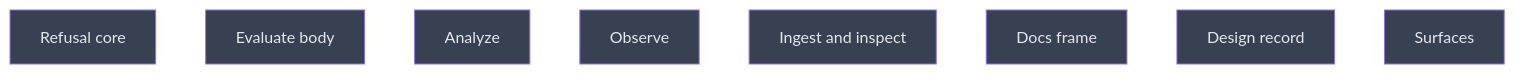
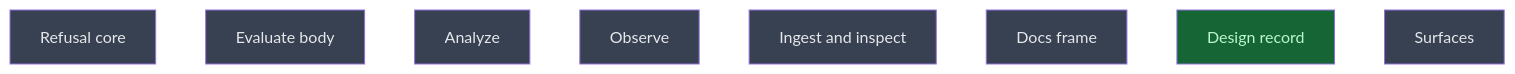
The diagram in __roadmap__/m3-lean-cli/verbs/README.md (CrackingShells/Candler), drawn with Mermaid before and after one commit. The commit also changed other lines of this file, not shown here.

Commit message:
rdm(cli): mark design_record done

````diff
--- a/__roadmap__/m3-lean-cli/verbs/README.md
+++ b/__roadmap__/m3-lean-cli/verbs/README.md
@@ -28,16 +28,16 @@
 ```mermaid
 graph TD
     refusal_core[Refusal core]:::planned
     evaluate_body[Evaluate body]:::planned
     analyze[Analyze]:::planned
     observe[Observe]:::planned
     ingest_inspect[Ingest and inspect]:::planned
     docs_frame[Docs frame]:::planned
-    design_record[Design record]:::planned
+    design_record[Design record]:::done
     surfaces[Surfaces]:::planned
     classDef done       fill:#166534,color:#bbf7d0
     classDef inprogress fill:#854d0e,color:#fef08a
     classDef planned    fill:#374151,color:#e5e7eb
     classDef amendment  fill:#1e3a5f,color:#bfdbfe
     classDef blocked    fill:#7f1d1d,color:#fecaca
 ```
````
